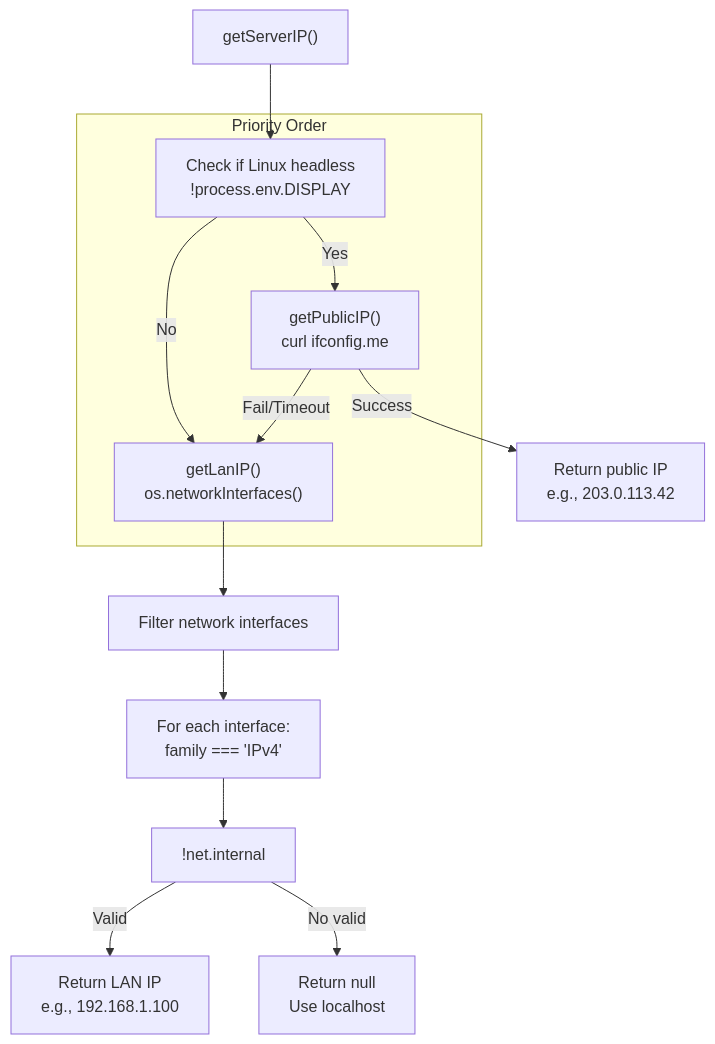
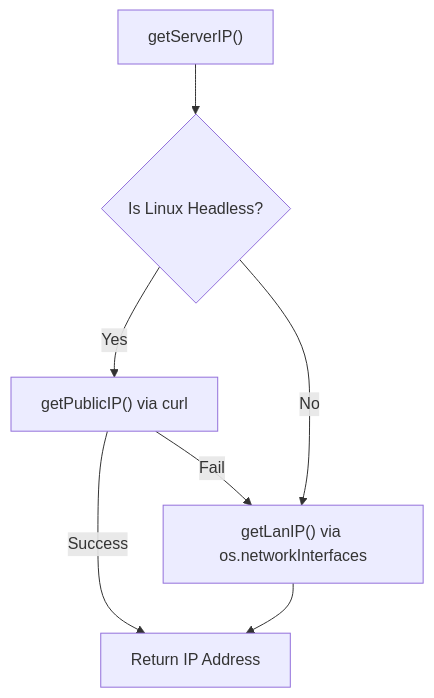
Before and after one commit to blackcater/zentree: the second of 3 diagrams in docs/iOfficeAI_AionUi/architecture/webui-server-architecture.md, drawn with Mermaid. The commit also changed other lines of this file and 232 other files, not shown here.

````diff
--- a/docs/iOfficeAI_AionUi/architecture/webui-server-architecture.md
+++ b/docs/iOfficeAI_AionUi/architecture/webui-server-architecture.md
@@ -609,23 +107,15 @@
 ```mermaid
 graph TD
     Start["getServerIP()"]
+    HeadlessCheck{"Is Linux Headless?"}
+    GetPublic["getPublicIP() via curl"]
+    GetLAN["getLanIP() via os.networkInterfaces"]
+    Result["Return IP Address"]
 
-    subgraph "Priority Order"
-        CheckLinux["Check if Linux headless<br/>!process.env.DISPLAY"]
-        GetPublic["getPublicIP()<br/>curl ifconfig.me"]
-        GetLAN["getLanIP()<br/>os.networkInterfaces()"]
-    end
-
-    Start --> CheckLinux
-    CheckLinux -->|Yes| GetPublic
-    CheckLinux -->|No| GetLAN
-
-    GetPublic -->|Success| PublicIP["Return public IP<br/>e.g., 203.0.113.42"]
-    GetPublic -->|Fail/Timeout| GetLAN
-
-    GetLAN --> FilterNets["Filter network interfaces"]
-    FilterNets --> CheckIPv4["For each interface:<br/>family === 'IPv4'"]
-    CheckIPv4 --> CheckInternal["!net.internal"]
-    CheckInternal -->|Valid| LANIP["Return LAN IP<br/>e.g., 192.168.1.100"]
-    CheckInternal -->|No valid| Null["Return null<br/>Use localhost"]
+    Start --> HeadlessCheck
+    HeadlessCheck -->|Yes| GetPublic
+    HeadlessCheck -->|No| GetLAN
+    GetPublic -->|Success| Result
+    GetPublic -->|Fail| GetLAN
+    GetLAN --> Result
 ```
````
